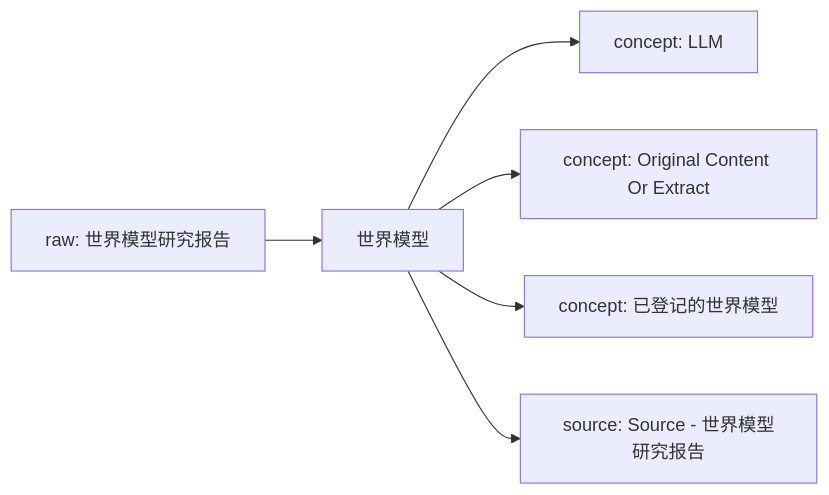
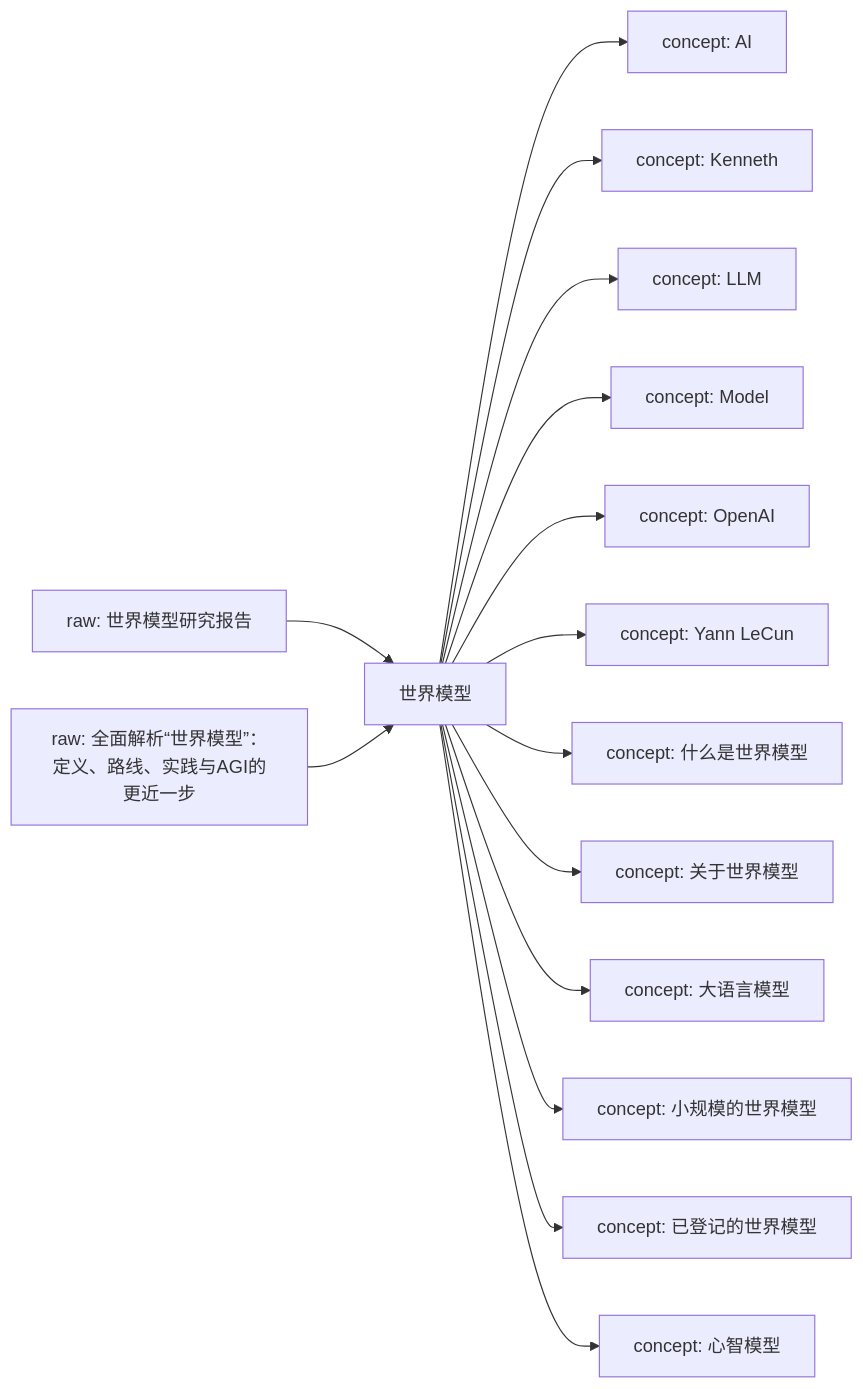
Before and after one commit to mwbel/ResearchManjushri: the first of 2 diagrams in LLM Wiki/wiki/domains/世界模型.md, drawn with Mermaid. The commit also changed other lines of this file and 57 other files, not shown here.

````diff
--- a/LLM Wiki/wiki/domains/世界模型.md
+++ b/LLM Wiki/wiki/domains/世界模型.md
@@ -32,9 +32,18 @@
 ```mermaid
 flowchart LR
     D["世界模型"]
     R1["raw: 世界模型研究报告"] --> D
-    D --> W1["concept: LLM"]
-    D --> W2["concept: Original Content Or Extract"]
-    D --> W3["concept: 已登记的世界模型"]
-    D --> W4["source: Source - 世界模型研究报告"]
+    R2["raw: 全面解析“世界模型”：定义、路线、实践与AGI的更近一步"] --> D
+    D --> W1["concept: AI"]
+    D --> W2["concept: Kenneth"]
+    D --> W3["concept: LLM"]
+    D --> W4["concept: Model"]
+    D --> W5["concept: OpenAI"]
+    D --> W6["concept: Yann LeCun"]
+    D --> W7["concept: 什么是世界模型"]
+    D --> W8["concept: 关于世界模型"]
+    D --> W9["concept: 大语言模型"]
+    D --> W10["concept: 小规模的世界模型"]
+    D --> W11["concept: 已登记的世界模型"]
+    D --> W12["concept: 心智模型"]
 ```
````
